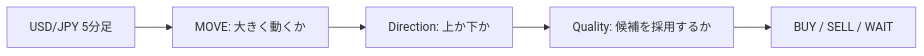
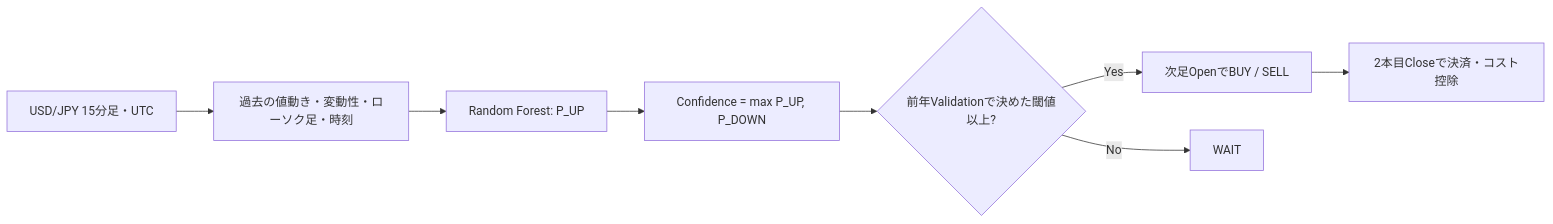
Before and after one commit to Fuku1121/fx-ml-trading: the diagram in README.md, drawn with Mermaid. The commit also changed other lines of this file and 65 other files, not shown here.

````diff
--- a/README.md
+++ b/README.md
@@ -13,7 +20,10 @@
 ```mermaid
 flowchart LR
-    A[USD/JPY 5分足] --> B[MOVE: 大きく動くか]
-    B --> C[Direction: 上か下か]
-    C --> D[Quality: 候補を採用するか]
-    D --> E[BUY / SELL / WAIT]
+    A[USD/JPY 15分足・UTC] --> B[過去の値動き・変動性・ローソク足・時刻]
+    B --> C[Random Forest: P_UP]
+    C --> D[Confidence = max P_UP, P_DOWN]
+    D --> E{前年Validationで決めた閾値以上?}
+    E -->|Yes| F[次足OpenでBUY / SELL]
+    E -->|No| G[WAIT]
+    F --> H[2本目Closeで決済・コスト控除]
 ```
````
